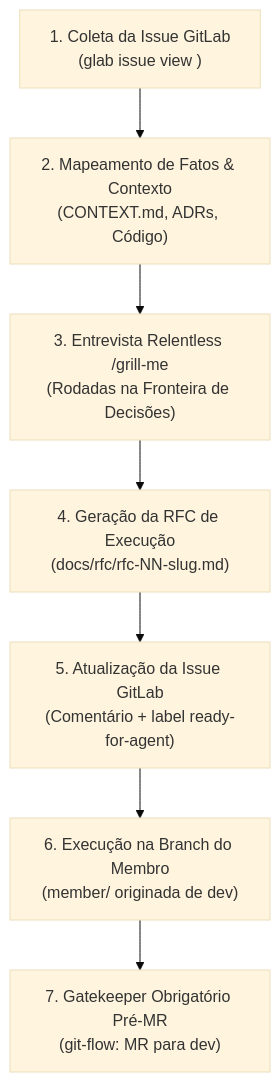
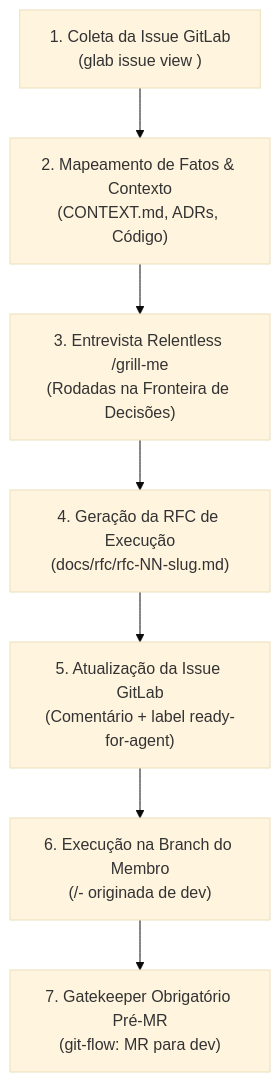
The diagram in .agents/skills/refine-issue/SKILL.md (JPCalsavara/si600-web-petshop), drawn with Mermaid (base theme) before and after one commit. The commit also changed other lines of this file and 4 other files, not shown here.

Commit message:
docs(NO-ISSUE): atualiza nomenclaturas residuais de branch member/ para o novo padrao

````diff
--- a/.agents/skills/refine-issue/SKILL.md
+++ b/.agents/skills/refine-issue/SKILL.md
@@ -10,9 +10,9 @@
 ```mermaid
 flowchart TD
     A["1. Coleta da Issue GitLab\n(glab issue view <id>)"] --> B["2. Mapeamento de Fatos & Contexto\n(CONTEXT.md, ADRs, Código)"]
     B --> C["3. Entrevista Relentless /grill-me\n(Rodadas na Fronteira de Decisões)"]
     C --> D["4. Geração da RFC de Execução\n(docs/rfc/rfc-NN-slug.md)"]
     D --> E["5. Atualização da Issue GitLab\n(Comentário + label ready-for-agent)"]
-    E --> F["6. Execução na Branch do Membro\n(member/<slug> originada de dev)"]
+    E --> F["6. Execução na Branch do Membro\n(<tipo>/<ID-da-issue>-<titulo> originada de dev)"]
     F --> G["7. Gatekeeper Obrigatório Pré-MR\n(git-flow: MR para dev)"]
 ```
````
